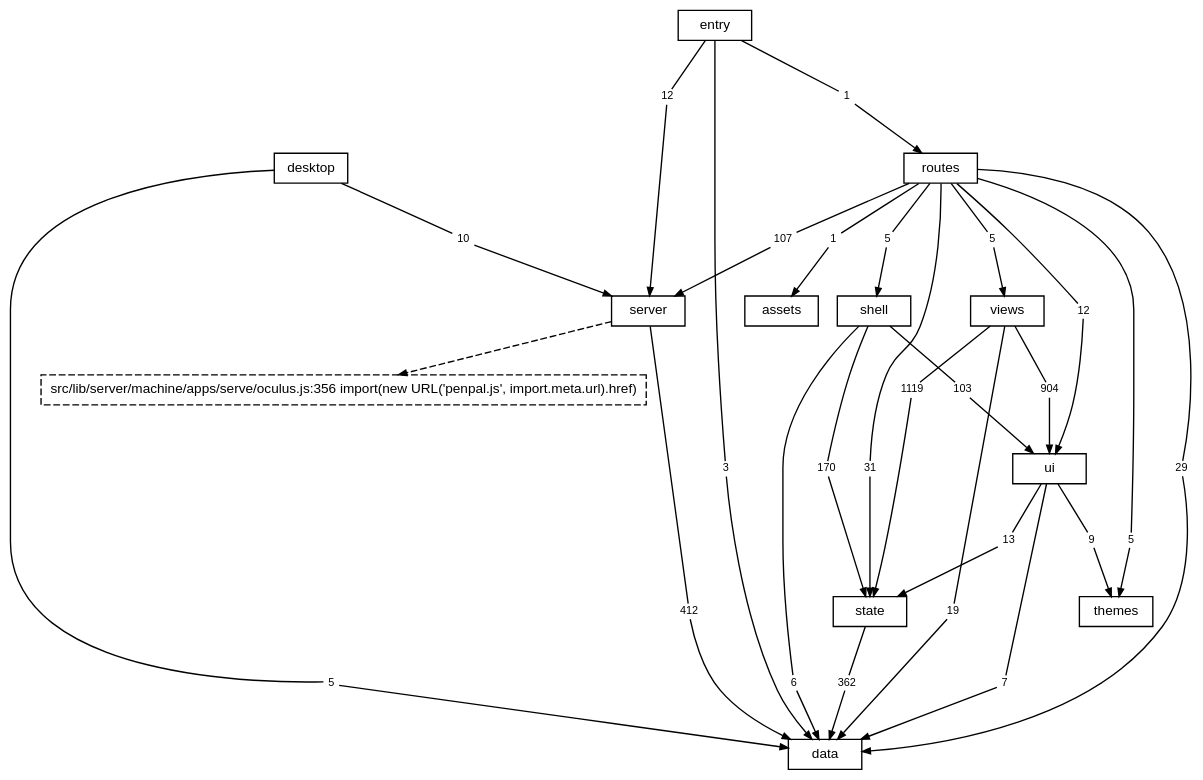
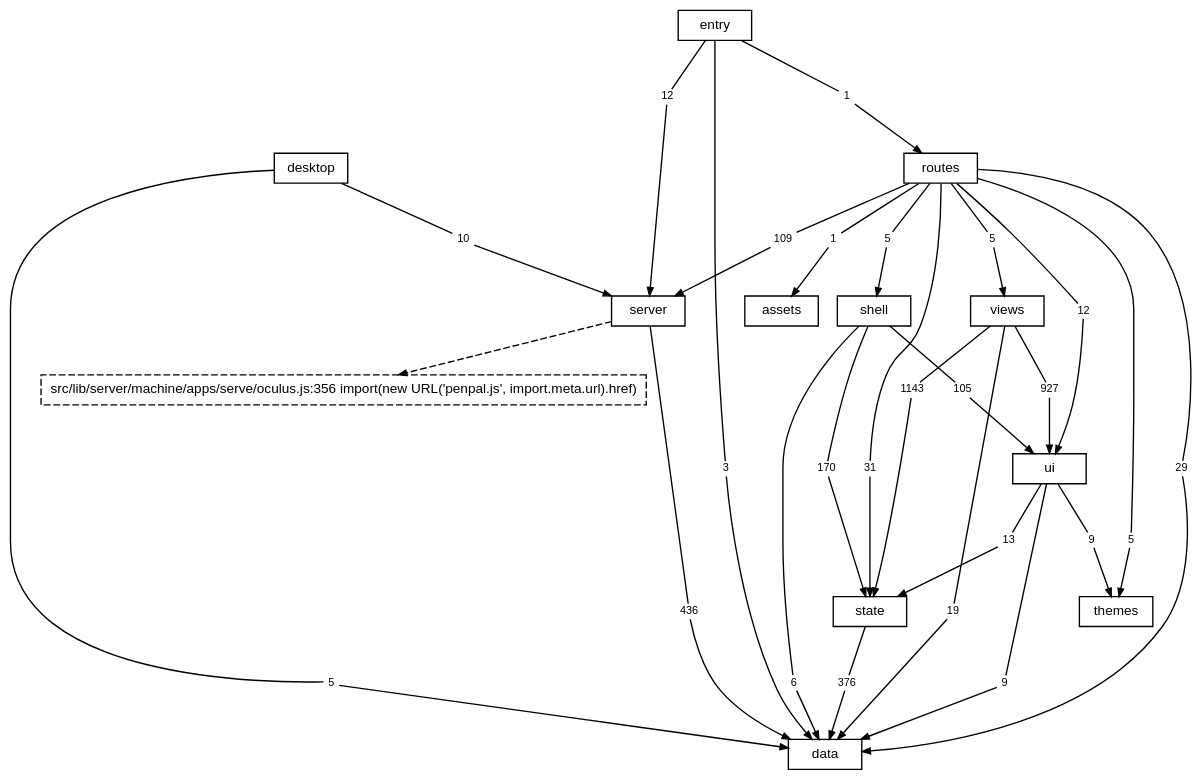
One commit to TheAxeC/oculus changed the diagram in docs/diagrams/layers.dot. Above: the diagram before and after it, drawn with Graphviz. The commit also changed 390 other files, not shown here.

```diff
--- a/docs/diagrams/layers.dot
+++ b/docs/diagrams/layers.dot
@@ -1,90 +1,90 @@
 digraph layers {
     graph [bgcolor="transparent", rankdir=TB, newrank=true, fontname="Helvetica,Arial,sans-serif", fontsize=12, nodesep=0.2, ranksep=0.5];
     node [shape=box, color="black", fontcolor="black", fontname="Helvetica,Arial,sans-serif", fontsize=10, height=0.3, margin="0.12,0.04"];
     edge [color="black", fontcolor="black", fontname="Helvetica,Arial,sans-serif", fontsize=8, arrowsize=0.6];
     "data";
     "server";
     "state";
     "ui";
     "shell";
     "views";
     "themes";
     "routes";
     "desktop";
     "src" [label="entry"];
     "files: assets" [label="assets"];
     "? src/lib/server/machine/apps/serve/oculus.js:356" [label="src/lib/server/machine/apps/serve/oculus.js:356 import(new URL('penpal.js', import.meta.url).href)", style=dashed];
     "desktop to data" [label="5", shape=box, color="transparent", fontsize=8, width=0, height=0, margin="0.04,0.02"];
     "desktop" -> "desktop to data" [arrowhead=none];
     "desktop to data" -> "data" [];
     "desktop to server" [label="10", shape=box, color="transparent", fontsize=8, width=0, height=0, margin="0.04,0.02"];
     "desktop" -> "desktop to server" [arrowhead=none];
     "desktop to server" -> "server" [];
     "routes to data" [label="29", shape=box, color="transparent", fontsize=8, width=0, height=0, margin="0.04,0.02"];
     "routes" -> "routes to data" [arrowhead=none];
     "routes to data" -> "data" [];
     "routes to files: assets" [label="1", shape=box, color="transparent", fontsize=8, width=0, height=0, margin="0.04,0.02"];
     "routes" -> "routes to files: assets" [arrowhead=none];
     "routes to files: assets" -> "files: assets" [];
-    "routes to server" [label="107", shape=box, color="transparent", fontsize=8, width=0, height=0, margin="0.04,0.02"];
+    "routes to server" [label="109", shape=box, color="transparent", fontsize=8, width=0, height=0, margin="0.04,0.02"];
     "routes" -> "routes to server" [arrowhead=none];
     "routes to server" -> "server" [];
     "routes to shell" [label="5", shape=box, color="transparent", fontsize=8, width=0, height=0, margin="0.04,0.02"];
     "routes" -> "routes to shell" [arrowhead=none];
     "routes to shell" -> "shell" [];
     "routes to state" [label="31", shape=box, color="transparent", fontsize=8, width=0, height=0, margin="0.04,0.02"];
     "routes" -> "routes to state" [arrowhead=none];
     "routes to state" -> "state" [];
     "routes to themes" [label="5", shape=box, color="transparent", fontsize=8, width=0, height=0, margin="0.04,0.02"];
     "routes" -> "routes to themes" [arrowhead=none];
     "routes to themes" -> "themes" [];
     "routes to ui" [label="12", shape=box, color="transparent", fontsize=8, width=0, height=0, margin="0.04,0.02"];
     "routes" -> "routes to ui" [arrowhead=none];
     "routes to ui" -> "ui" [];
     "routes to views" [label="5", shape=box, color="transparent", fontsize=8, width=0, height=0, margin="0.04,0.02"];
     "routes" -> "routes to views" [arrowhead=none];
     "routes to views" -> "views" [];
-    "server to data" [label="412", shape=box, color="transparent", fontsize=8, width=0, height=0, margin="0.04,0.02"];
+    "server to data" [label="436", shape=box, color="transparent", fontsize=8, width=0, height=0, margin="0.04,0.02"];
     "server" -> "server to data" [arrowhead=none];
     "server to data" -> "data" [];
     "shell to data" [label="6", shape=box, color="transparent", fontsize=8, width=0, height=0, margin="0.04,0.02"];
     "shell" -> "shell to data" [arrowhead=none];
     "shell to data" -> "data" [];
     "shell to state" [label="170", shape=box, color="transparent", fontsize=8, width=0, height=0, margin="0.04,0.02"];
     "shell" -> "shell to state" [arrowhead=none];
     "shell to state" -> "state" [];
-    "shell to ui" [label="103", shape=box, color="transparent", fontsize=8, width=0, height=0, margin="0.04,0.02"];
+    "shell to ui" [label="105", shape=box, color="transparent", fontsize=8, width=0, height=0, margin="0.04,0.02"];
     "shell" -> "shell to ui" [arrowhead=none];
     "shell to ui" -> "ui" [];
     "src to data" [label="3", shape=box, color="transparent", fontsize=8, width=0, height=0, margin="0.04,0.02"];
     "src" -> "src to data" [arrowhead=none];
     "src to data" -> "data" [];
     "src to routes" [label="1", shape=box, color="transparent", fontsize=8, width=0, height=0, margin="0.04,0.02"];
     "src" -> "src to routes" [arrowhead=none];
     "src to routes" -> "routes" [];
     "src to server" [label="12", shape=box, color="transparent", fontsize=8, width=0, height=0, margin="0.04,0.02"];
     "src" -> "src to server" [arrowhead=none];
     "src to server" -> "server" [];
-    "state to data" [label="362", shape=box, color="transparent", fontsize=8, width=0, height=0, margin="0.04,0.02"];
+    "state to data" [label="376", shape=box, color="transparent", fontsize=8, width=0, height=0, margin="0.04,0.02"];
     "state" -> "state to data" [arrowhead=none];
     "state to data" -> "data" [];
-    "ui to data" [label="7", shape=box, color="transparent", fontsize=8, width=0, height=0, margin="0.04,0.02"];
+    "ui to data" [label="9", shape=box, color="transparent", fontsize=8, width=0, height=0, margin="0.04,0.02"];
     "ui" -> "ui to data" [arrowhead=none];
     "ui to data" -> "data" [];
     "ui to state" [label="13", shape=box, color="transparent", fontsize=8, width=0, height=0, margin="0.04,0.02"];
     "ui" -> "ui to state" [arrowhead=none];
     "ui to state" -> "state" [];
     "ui to themes" [label="9", shape=box, color="transparent", fontsize=8, width=0, height=0, margin="0.04,0.02"];
     "ui" -> "ui to themes" [arrowhead=none];
     "ui to themes" -> "themes" [];
     "views to data" [label="19", shape=box, color="transparent", fontsize=8, width=0, height=0, margin="0.04,0.02"];
     "views" -> "views to data" [arrowhead=none];
     "views to data" -> "data" [];
-    "views to state" [label="1119", shape=box, color="transparent", fontsize=8, width=0, height=0, margin="0.04,0.02"];
+    "views to state" [label="1143", shape=box, color="transparent", fontsize=8, width=0, height=0, margin="0.04,0.02"];
     "views" -> "views to state" [arrowhead=none];
     "views to state" -> "state" [];
-    "views to ui" [label="904", shape=box, color="transparent", fontsize=8, width=0, height=0, margin="0.04,0.02"];
+    "views to ui" [label="927", shape=box, color="transparent", fontsize=8, width=0, height=0, margin="0.04,0.02"];
     "views" -> "views to ui" [arrowhead=none];
     "views to ui" -> "ui" [];
     "server" -> "? src/lib/server/machine/apps/serve/oculus.js:356" [style=dashed];
 }
```
